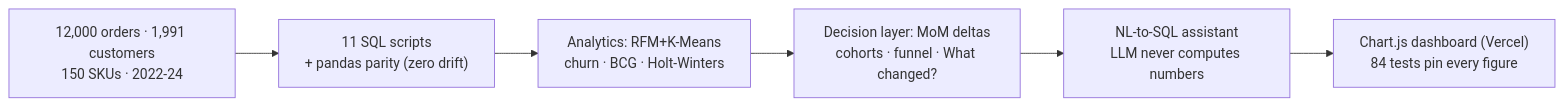
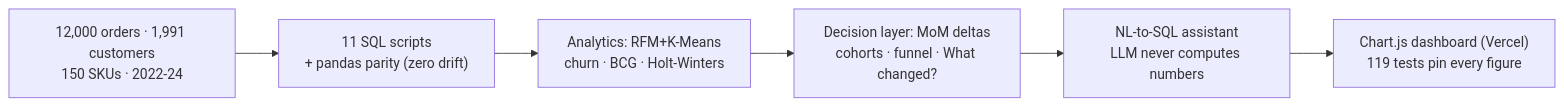
One commit to rishi-1603/E_commerce-Sales-and-Data-Analytics changed the diagram in README.md. Above: the diagram before and after it, drawn with Mermaid. The commit also changed other lines of this file and 10 other files, not shown here.

````diff
--- a/README.md
+++ b/README.md
@@ -40,8 +40,8 @@
 ```mermaid
 flowchart LR
     A["12,000 orders · 1,991 customers<br/>150 SKUs · 2022-24"] --> B["11 SQL scripts<br/>+ pandas parity (zero drift)"]
     B --> C["Analytics: RFM+K-Means<br/>churn · BCG · Holt-Winters"]
     C --> D["Decision layer: MoM deltas<br/>cohorts · funnel · What changed?"]
     D --> E["NL-to-SQL assistant<br/>LLM never computes numbers"]
-    E --> F["Chart.js dashboard (Vercel)<br/>84 tests pin every figure"]
+    E --> F["Chart.js dashboard (Vercel)<br/>119 tests pin every figure"]
 ```
````
